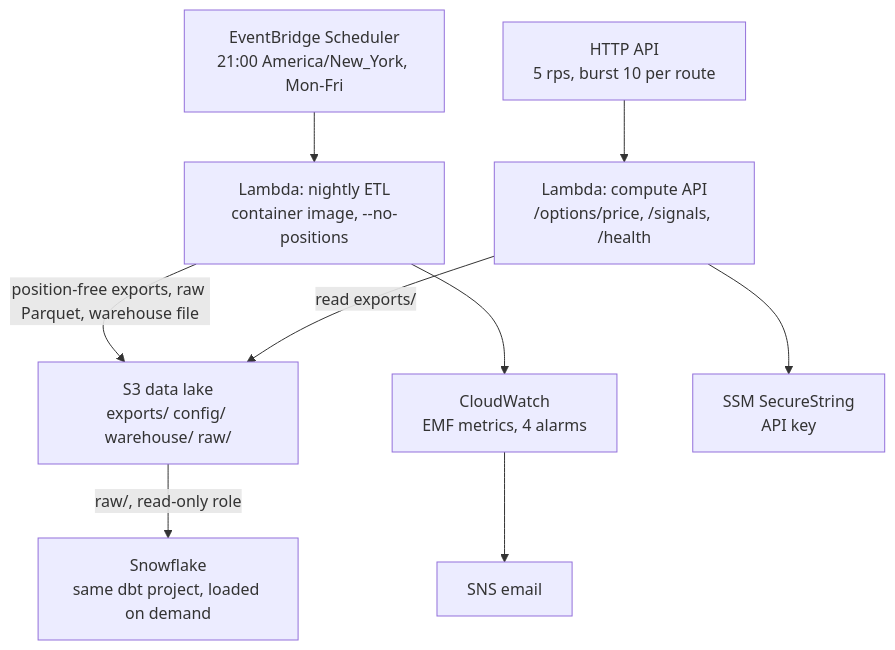
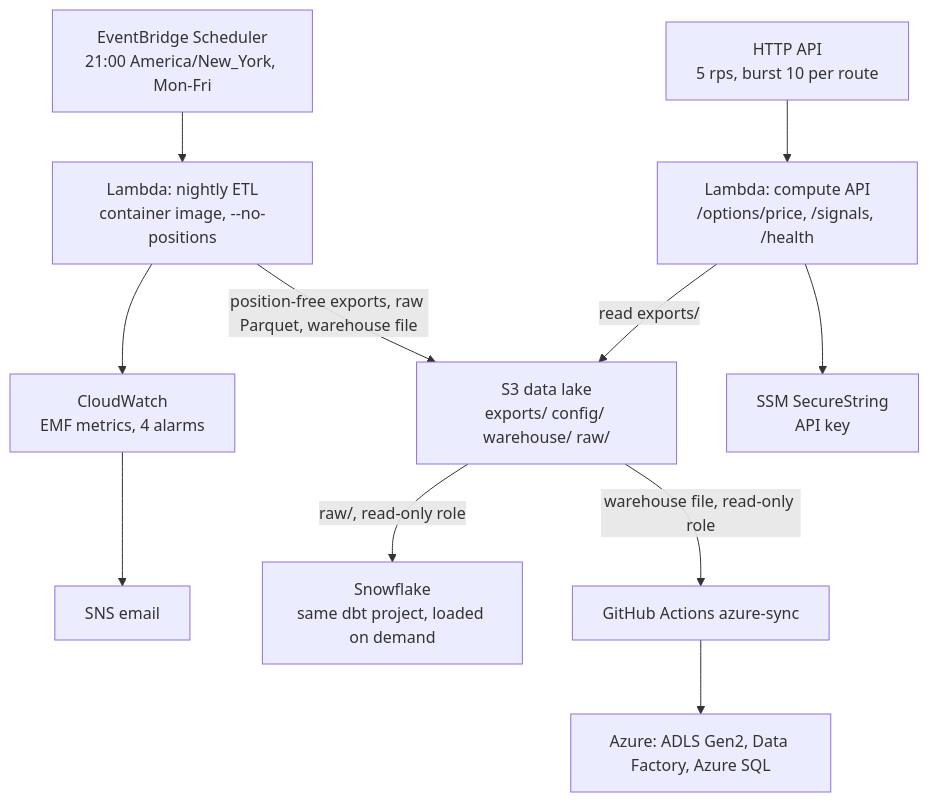
Before and after one commit to C0k11/quantai: the seventh of 10 diagrams in README.md, drawn with Mermaid. The commit also changed other lines of this file, not shown here.

Commit message:
docs: README covers the Azure load with measured results

````diff
--- a/README.md
+++ b/README.md
@@ -315,11 +319,13 @@
 ```mermaid
 flowchart TB
     EB["EventBridge Scheduler<br/>21:00 America/New_York, Mon-Fri"] --> ETL["Lambda: nightly ETL<br/>container image, --no-positions"]
     ETL -->|"position-free exports, raw Parquet, warehouse file"| S3["S3 data lake<br/>exports/ config/ warehouse/ raw/"]
     ETL --> CW["CloudWatch<br/>EMF metrics, 4 alarms"]
     CW --> SNS["SNS email"]
     GW["HTTP API<br/>5 rps, burst 10 per route"] --> FN["Lambda: compute API<br/>/options/price, /signals, /health"]
     FN -->|"read exports/"| S3
     FN --> SSM["SSM SecureString<br/>API key"]
     S3 -->|"raw/, read-only role"| SF["Snowflake<br/>same dbt project, loaded on demand"]
+    S3 -->|"warehouse file, read-only role"| GHA["GitHub Actions azure-sync"]
+    GHA --> AZ["Azure: ADLS Gen2, Data Factory, Azure SQL"]
 ```
````
